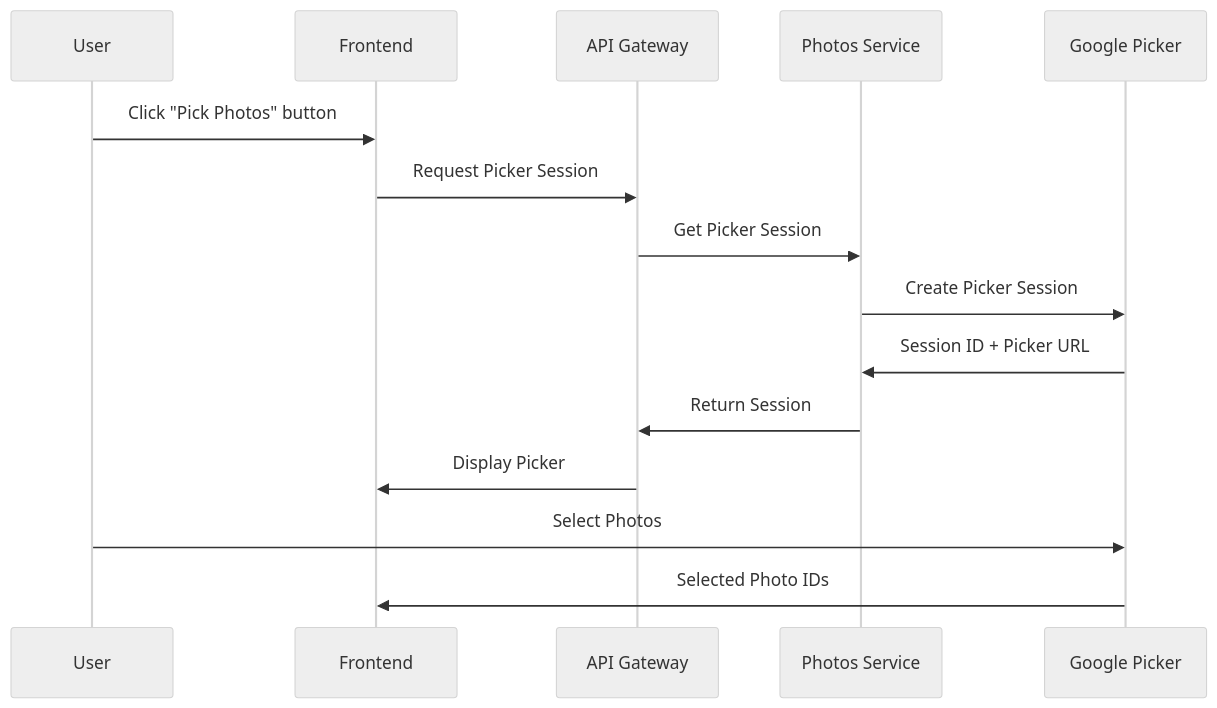
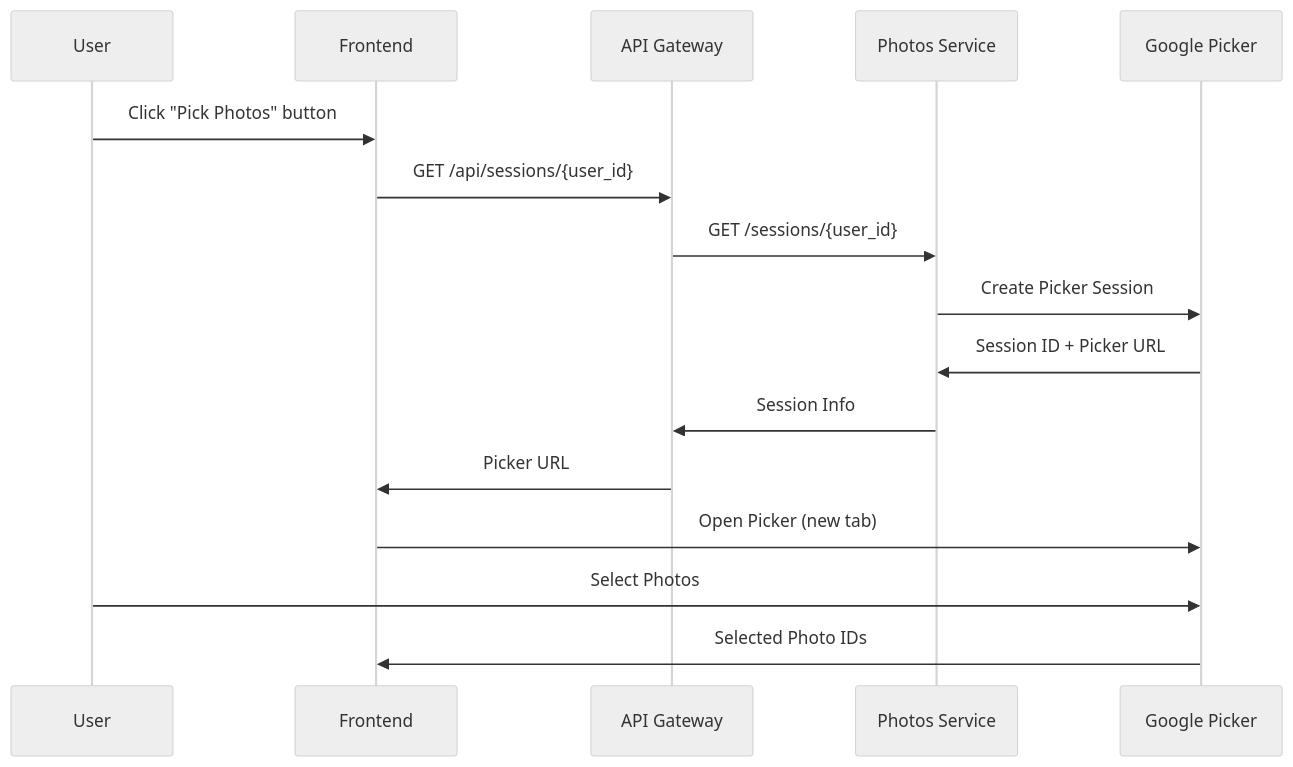
Before and after one commit to edu-ai/classify: the second of 6 diagrams in README.md, drawn with Mermaid (neutral theme). The commit also changed other lines of this file and 8 other files, not shown here.

````diff
--- a/README.md
+++ b/README.md
@@ -184,18 +295,19 @@
 ```mermaid
 sequenceDiagram
     participant U as User
     participant F as Frontend
-    participant API as API Gateway
+    participant AG as API Gateway
     participant P as Photos Service
     participant G as Google Picker
 
     U->>F: Click "Pick Photos" button
-    F->>API: Request Picker Session
-    API->>P: Get Picker Session
+    F->>AG: GET /api/sessions/{user_id}
+    AG->>P: GET /sessions/{user_id}
     P->>G: Create Picker Session
     G->>P: Session ID + Picker URL
-    P->>API: Return Session
-    API->>F: Display Picker
+    P->>AG: Session Info
+    AG->>F: Picker URL
+    F->>G: Open Picker (new tab)
     U->>G: Select Photos
     G->>F: Selected Photo IDs
 ```
````
